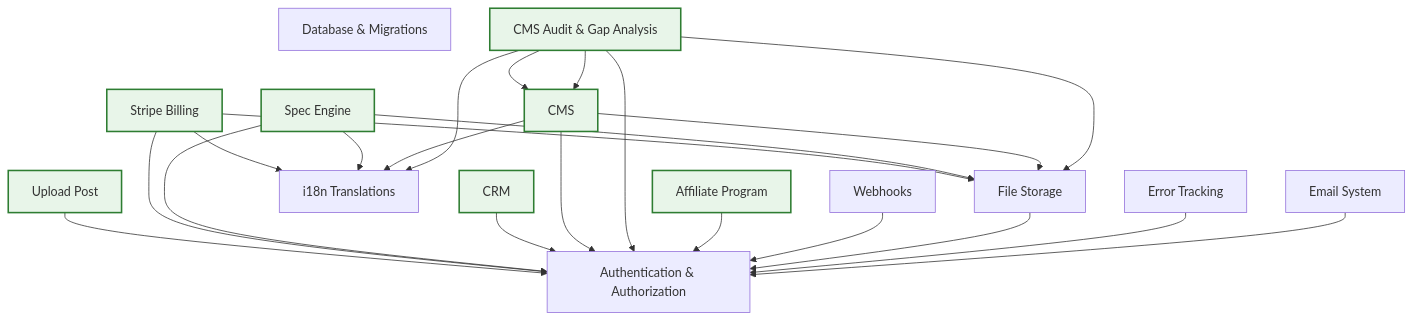
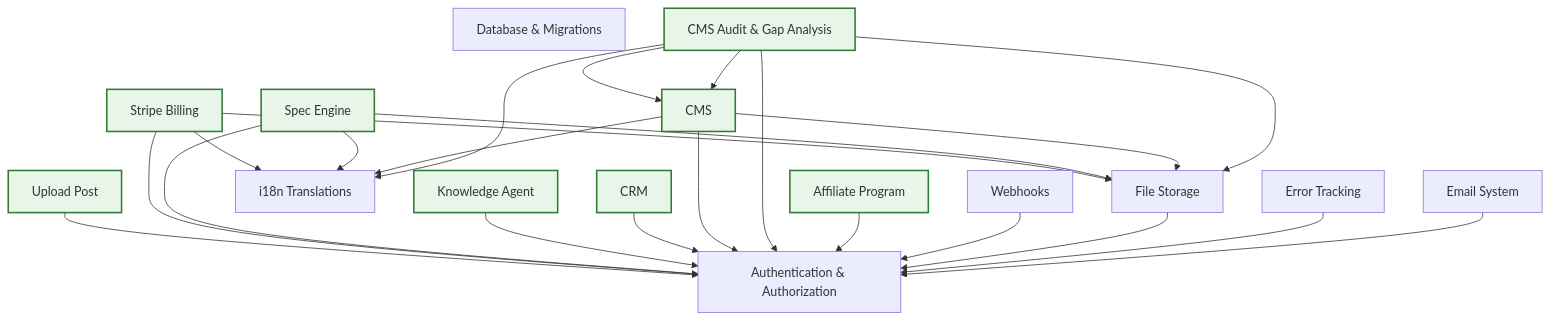
The diagram in docs/ARCHITECTURE.md (ADCP-dev/worldbid-api), drawn with Mermaid before and after one commit. The commit also changed other lines of this file and 18 other files, not shown here.

First line of the commit message:
feat(knowledge-agent): RBAC guards + docs + architecture sync

````diff
--- a/docs/ARCHITECTURE.md
+++ b/docs/ARCHITECTURE.md
@@ -67,40 +68,42 @@
 ```mermaid
 graph TD
   auth["Authentication & Authorization"]
   database["Database & Migrations"]
   email["Email System"]
   error-logging["Error Tracking"]
   storage["File Storage"]
   translations["i18n Translations"]
   webhooks["Webhooks"]
   affiliate["Affiliate Program"]:::ext
   cms-audit["CMS Audit & Gap Analysis"]:::ext
   cms["CMS"]:::ext
   crm["CRM"]:::ext
+  knowledge-agent["Knowledge Agent"]:::ext
   spec-engine["Spec Engine"]:::ext
   stripe["Stripe Billing"]:::ext
   upload-post["Upload Post"]:::ext
   email --> auth
   error-logging --> auth
   storage --> auth
   webhooks --> auth
   affiliate --> auth
   cms-audit --> cms
   cms-audit --> auth
   cms-audit --> storage
   cms-audit --> translations
   cms-audit --> cms
   cms --> auth
   cms --> storage
   cms --> translations
   crm --> auth
+  knowledge-agent --> auth
   spec-engine --> auth
   spec-engine --> storage
   spec-engine --> translations
   stripe --> auth
   stripe --> storage
   stripe --> translations
   upload-post --> auth
 
   classDef ext fill:#e8f5e9,stroke:#2e7d32,stroke-width:2px;
 ```
````
